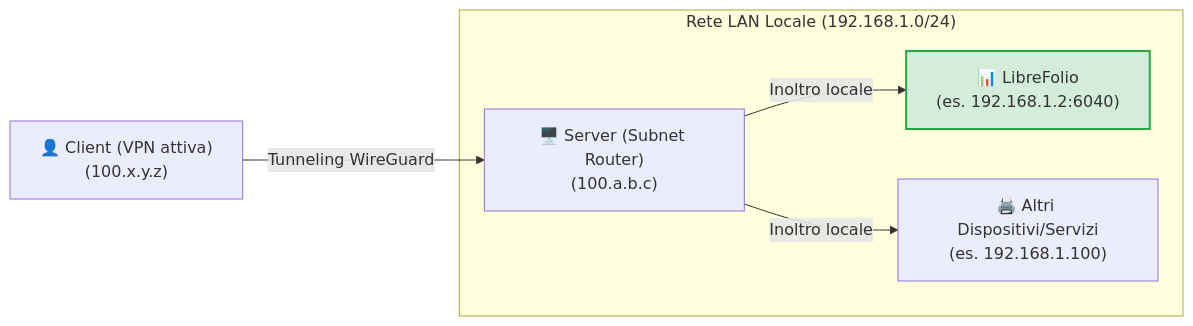
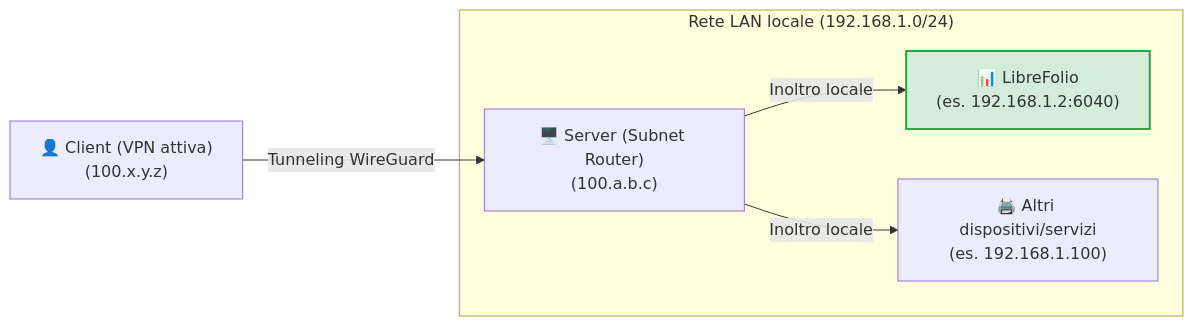
The third of 5 diagrams in mkdocs_src/docs/admin/service_exposure.it.md (Librefolio/LibreFolio), drawn with Mermaid before and after one commit. The commit also changed other lines of this file and 430 other files, not shown here.

````diff
--- a/mkdocs_src/docs/admin/service_exposure.it.md
+++ b/mkdocs_src/docs/admin/service_exposure.it.md
@@ -139,9 +134,9 @@
 ```mermaid
 graph LR
- Client["👤 Client (VPN attiva)<br>(100.x.y.z)"] -->|Tunneling WireGuard| Server["🖥️ Server (Subnet Router)<br>(100.a.b.c)"]
- subgraph LAN ["Rete LAN Locale (192.168.1.0/24)"]
- Server -->|Inoltro locale| LibreFolio["📊 LibreFolio<br>(es. 192.168.1.2:6040)"]
- Server -->|Inoltro locale| OtherDevice["🖨️ Altri Dispositivi/Servizi<br>(es. 192.168.1.100)"]
- end
- style LibreFolio fill:#d4edda,stroke:#28a745,stroke-width:2px;
+    Client["👤 Client (VPN attiva)<br>(100.x.y.z)"] -->|Tunneling WireGuard| Server["🖥️ Server (Subnet Router)<br>(100.a.b.c)"]
+    subgraph LAN ["Rete LAN locale (192.168.1.0/24)"]
+        Server -->|Inoltro locale| LibreFolio["📊 LibreFolio<br>(es. 192.168.1.2:6040)"]
+        Server -->|Inoltro locale| OtherDevice["🖨️ Altri dispositivi/servizi<br>(es. 192.168.1.100)"]
+    end
+    style LibreFolio fill:#d4edda,stroke:#28a745,stroke-width:2px;
 ```
````
